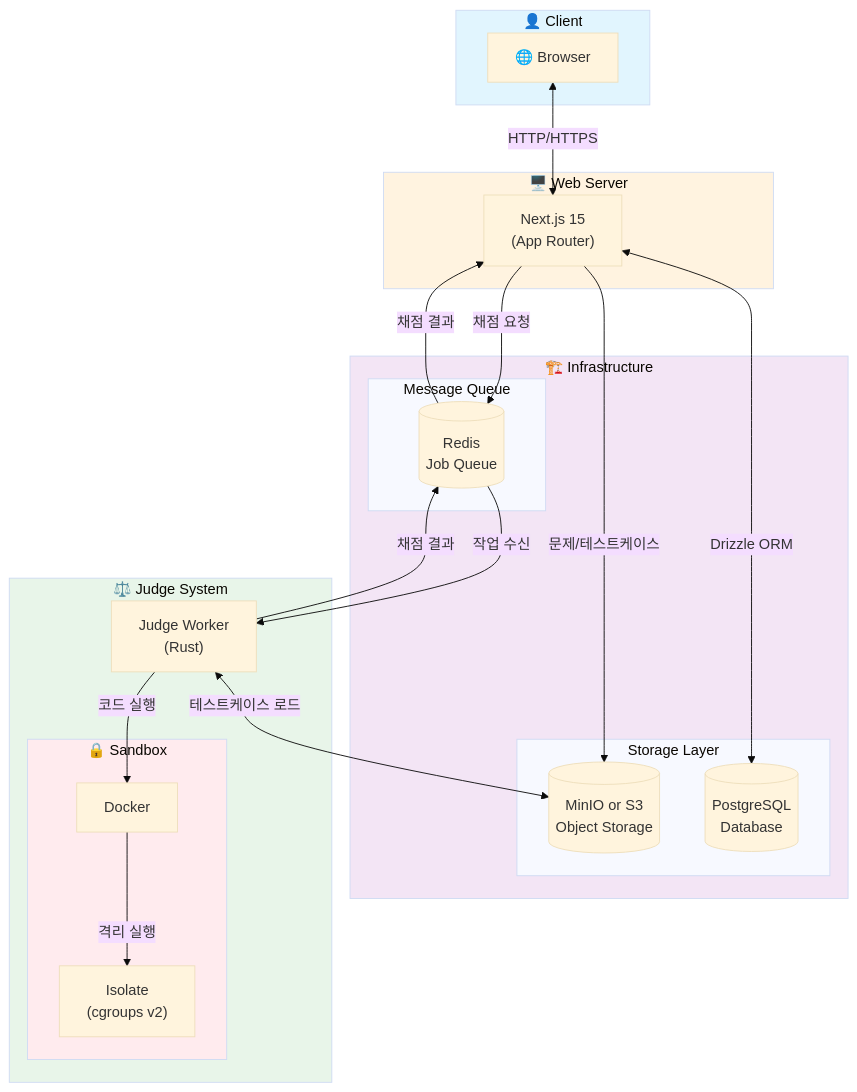
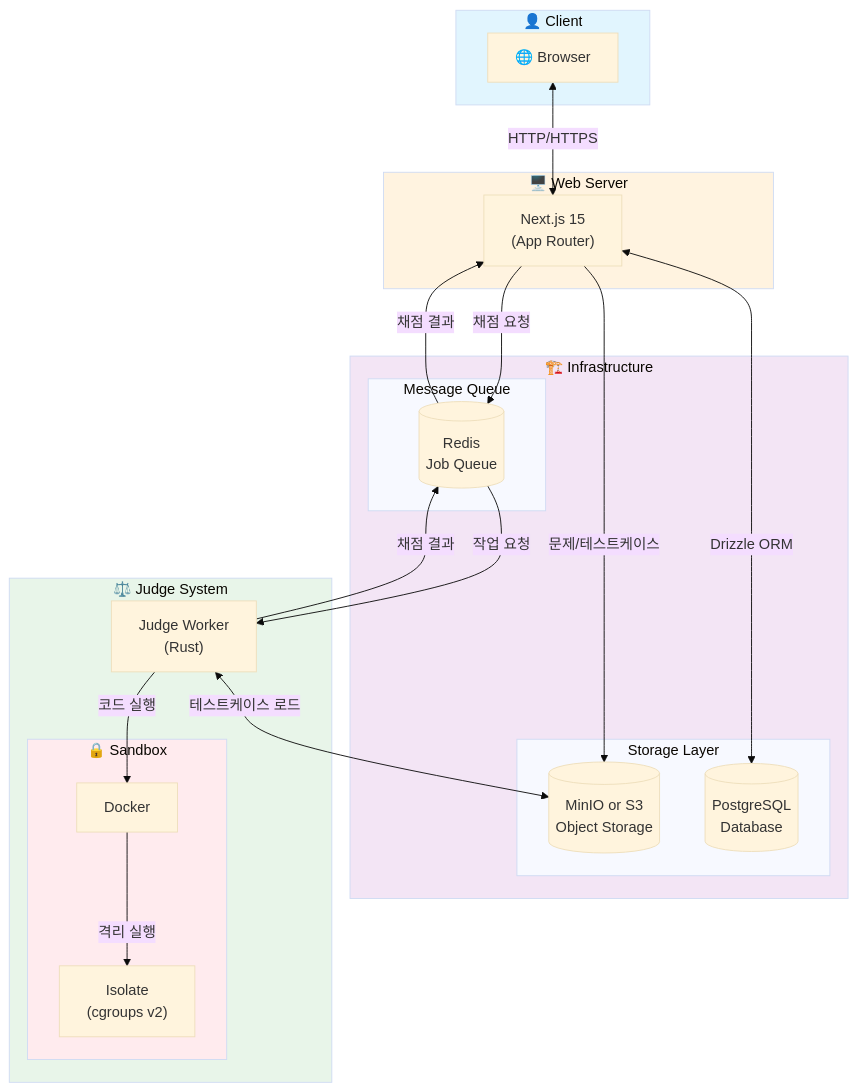
One commit to csh1668/ana-online-judge changed the diagram in README.md. Above: the diagram before and after it, drawn with Mermaid (base theme). The commit also changed other lines of this file and 4 other files, not shown here.

````diff
--- a/README.md
+++ b/README.md
@@ -7,47 +11,47 @@
 ```mermaid
 flowchart TB
     subgraph Client["👤 Client"]
         Browser["🌐 Browser"]
     end
 
     subgraph Web["🖥️ Web Server"]
         NextJS["Next.js 15<br/>(App Router)"]
     end
 
     subgraph Infrastructure["🏗️ Infrastructure"]
         subgraph Storage["Storage Layer"]
             PostgreSQL[(PostgreSQL<br/>Database)]
             MinIO[(MinIO or S3<br/>Object Storage)]
         end
         
         subgraph Queue["Message Queue"]
             Redis[(Redis<br/>Job Queue)]
         end
     end
 
     subgraph JudgeSystem["⚖️ Judge System"]
         JudgeWorker["Judge Worker<br/>(Rust)"]
         subgraph Sandbox["🔒 Sandbox"]
             Docker["Docker"]
             Isolate["Isolate<br/>(cgroups v2)"]
         end
     end
 
     Browser <-->|"HTTP/HTTPS"| NextJS
     NextJS <-->|"Drizzle ORM"| PostgreSQL
     NextJS -->|"문제/테스트케이스"| MinIO
     NextJS -->|"채점 요청"| Redis
     Redis -->|"채점 결과"| NextJS
     
-    Redis -->|"작업 수신"| JudgeWorker
+    Redis -->|"작업 요청"| JudgeWorker
     JudgeWorker <-->|"테스트케이스 로드"| MinIO
     JudgeWorker -->|"채점 결과"| Redis
     JudgeWorker -->|"코드 실행"| Docker
     Docker -->|"격리 실행"| Isolate
 
     style Client fill:#e1f5fe
     style Web fill:#fff3e0
     style Infrastructure fill:#f3e5f5
     style JudgeSystem fill:#e8f5e9
     style Sandbox fill:#ffebee
 ```
````
